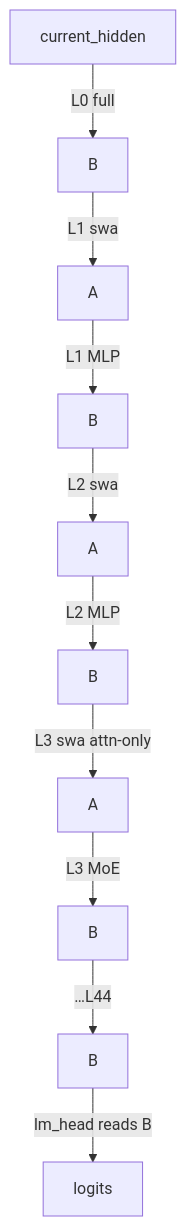
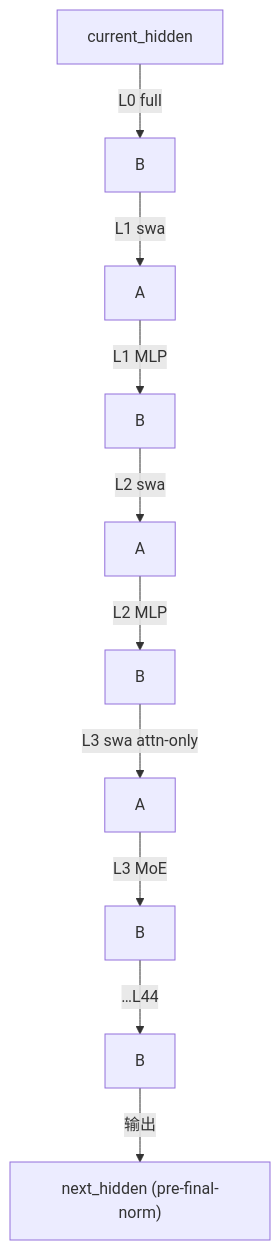
One commit to csy0225/pypto-project changed the third of 4 diagrams in design/whole-net/01-system-design.md. Above: the diagram before and after it, drawn with Mermaid. The commit also changed other lines of this file and 4 other files, not shown here.

````diff
--- a/design/whole-net/01-system-design.md
+++ b/design/whole-net/01-system-design.md
@@ -124,8 +131,8 @@
 ```mermaid
 graph TD
     CH["current_hidden"] -->|L0 full| B0["B"]
     B0 -->|L1 swa| A1["A"] -->|L1 MLP| B1["B"]
     B1 -->|L2 swa| A2["A"] -->|L2 MLP| B2["B"]
     B2 -->|"L3 swa attn-only"| A3["A"] -->|"L3 MoE"| B3["B"]
-    B3 -->|"…L44"| BN["B"] -->|"lm_head reads B"| LOG["logits"]
+    B3 -->|"…L44"| BN["B"] -->|"输出"| HID["next_hidden (pre-final-norm)"]
 ```
````
